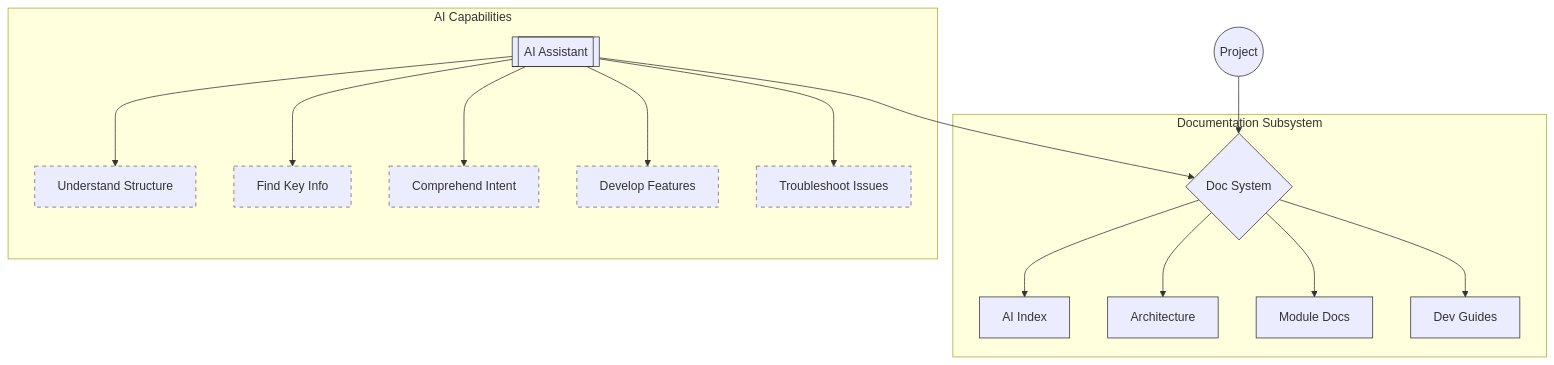
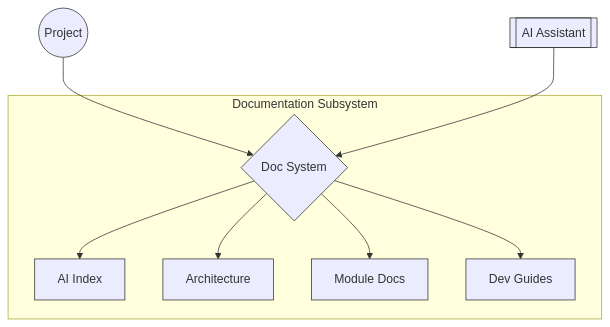
One commit to pinqy520/roo-code-vibook changed the first of 2 diagrams in README.md. Above: the diagram before and after it, drawn with Mermaid. The commit also changed other lines of this file and 1 other file, not shown here.

````diff
--- a/README.md
+++ b/README.md
@@ -50,32 +33,18 @@
 ```mermaid
 graph TD
-    %% Node style definitions
     classDef project stroke:#333,stroke-width:1px
     classDef docSystem stroke:#333,stroke-width:1px
     classDef aiAssist stroke:#333,stroke-width:1px
     classDef component stroke:#333,stroke-width:1px
-    classDef capability stroke-dasharray:5 5,stroke:#666
     
-    %% Main nodes
     A((Project)):::project --> B{Doc System}:::docSystem
     
-    %% Documentation subsystem components
     subgraph Documentation Subsystem
         B --> C1[AI Index]:::component
         B --> C2[Architecture]:::component
         B --> C3[Module Docs]:::component
         B --> C4[Dev Guides]:::component
     end
     
-    %% AI assistant part
     D[[AI Assistant]]:::aiAssist --> B
-    
-    %% AI capabilities
-    subgraph AI Capabilities
-        D --> E[Understand Structure]:::capability
-        D --> F[Find Key Info]:::capability
-        D --> G[Comprehend Intent]:::capability
-        D --> H[Develop Features]:::capability
-        D --> I[Troubleshoot Issues]:::capability
-    end
 ```
````
